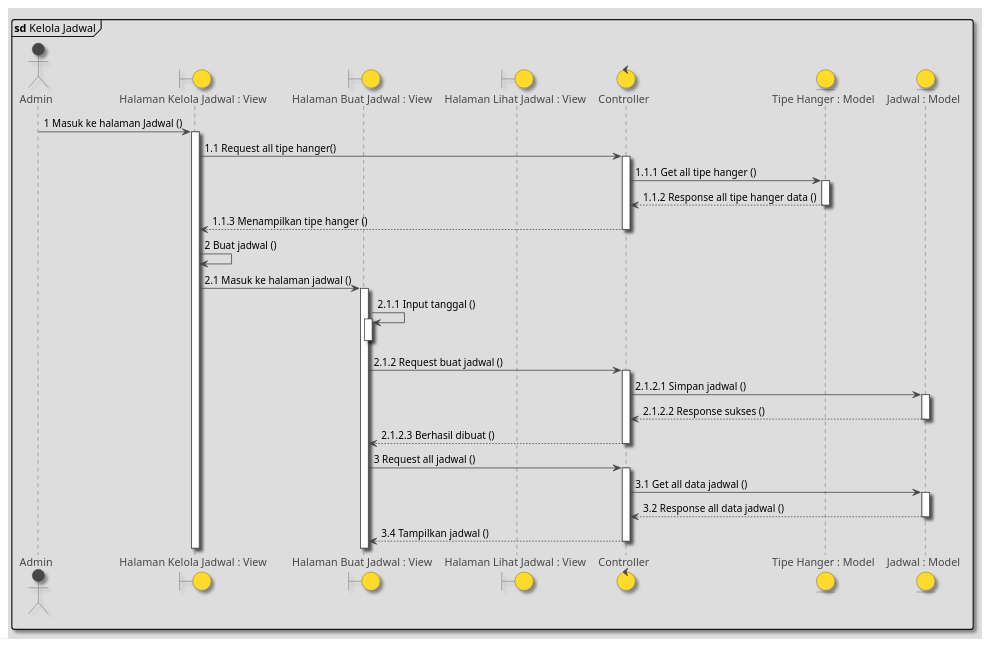
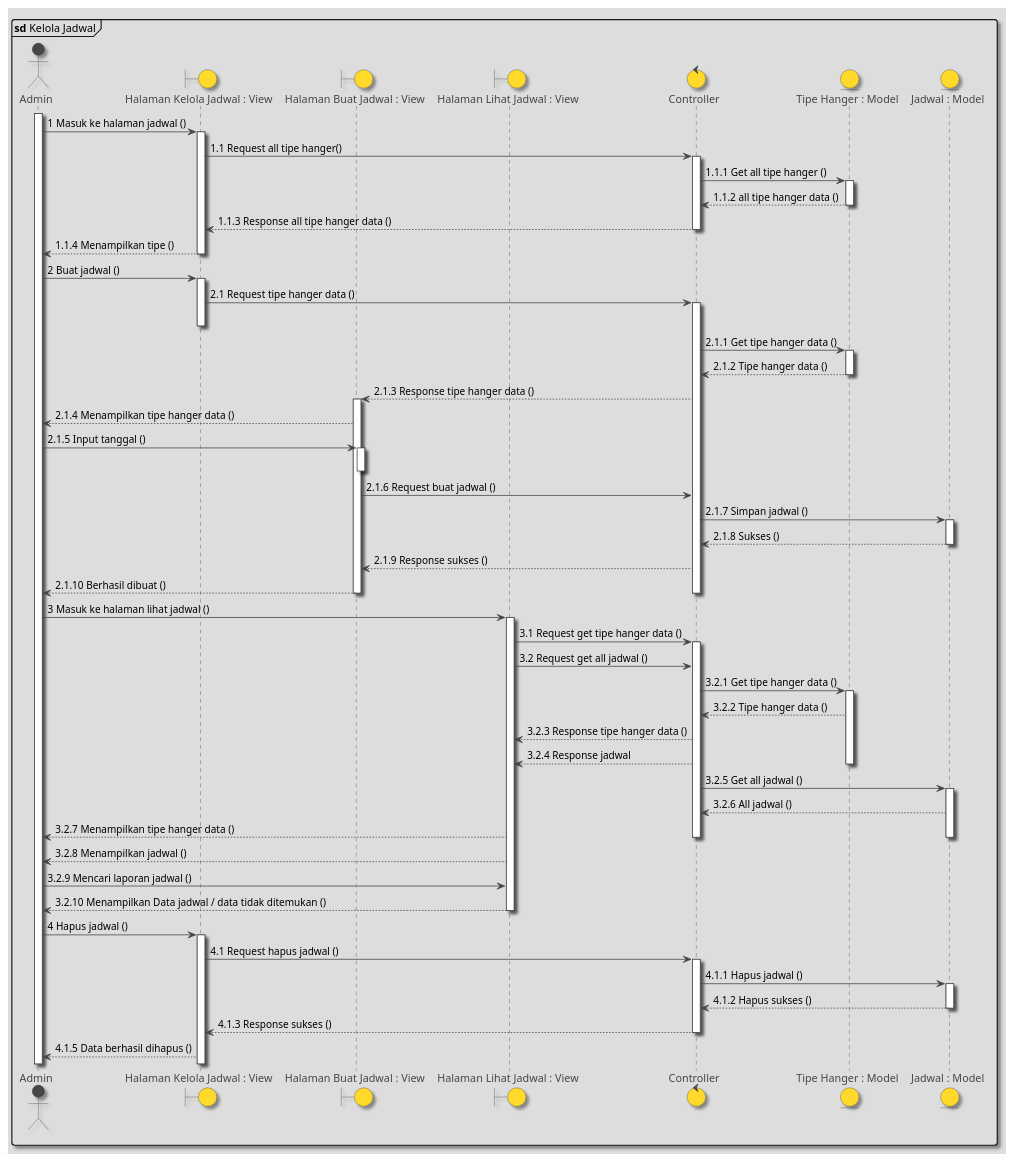
The diagram in Diagrams/SequenceDiagrams/KelolaJadwal.puml (marlisumarli/hanger-scheduling), drawn with PlantUML before and after one commit. The commit also changed 3 other files, not shown here.

```diff
--- a/Diagrams/SequenceDiagrams/KelolaJadwal.puml
+++ b/Diagrams/SequenceDiagrams/KelolaJadwal.puml
@@ -1,45 +1,90 @@
 @startuml
 
 !theme toy
 skinparam shadowing true
 mainframe **sd** Kelola Jadwal
 
 actor Admin
 boundary "Halaman Kelola Jadwal : View" as halamanJadwal
 boundary "Halaman Buat Jadwal : View" as buatJadwal
 boundary "Halaman Lihat Jadwal : View" as lihatJadwal
 control "Controller" as controller
 entity "Tipe Hanger : Model" as tabelTipe
 entity "Jadwal : Model" as tabelJadwal
 
+activate Admin
 
-Admin -> halamanJadwal ++ : 1 Masuk ke halaman Jadwal ()
-
+Admin -> halamanJadwal ++ : 1 Masuk ke halaman jadwal ()
 halamanJadwal -> controller ++ : 1.1 Request all tipe hanger()
-
 controller -> tabelTipe ++ : 1.1.1 Get all tipe hanger ()
 
-return 1.1.2 Response all tipe hanger data ()
-return 1.1.3 Menampilkan tipe hanger ()
-
-halamanJadwal -> halamanJadwal : 2 Buat jadwal ()
-halamanJadwal -> buatJadwal ++ : 2.1 Masuk ke halaman jadwal ()
-
-buatJadwal -> buatJadwal ++ : 2.1.1 Input tanggal ()
-deactivate buatJadwal
-
-buatJadwal -> controller ++ : 2.1.2 Request buat jadwal ()
-controller -> tabelJadwal ++ : 2.1.2.1 Simpan jadwal ()
-return 2.1.2.2 Response sukses ()
-return 2.1.2.3 Berhasil dibuat ()
-
-buatJadwal -> controller ++ : 3 Request all jadwal ()
-
-controller -> tabelJadwal ++ : 3.1 Get all data jadwal ()
-
-return 3.2 Response all data jadwal ()
-return 3.4 Tampilkan jadwal ()
+return 1.1.2 all tipe hanger data ()
+return 1.1.3 Response all tipe hanger data ()
+return 1.1.4 Menampilkan tipe ()
 
 
+Admin -> halamanJadwal : 2 Buat jadwal ()
+
+activate halamanJadwal
+halamanJadwal -> controller ++ : 2.1 Request tipe hanger data ()
+deactivate halamanJadwal
+
+controller -> tabelTipe ++ : 2.1.1 Get tipe hanger data ()
+return 2.1.2 Tipe hanger data ()
+
+'return
+controller --> buatJadwal ++ : 2.1.3 Response tipe hanger data ()
+
+'return
+buatJadwal --> Admin : 2.1.4 Menampilkan tipe hanger data ()
+
+'return
+Admin -> buatJadwal ++ : 2.1.5 Input tanggal ()
+
+deactivate
+buatJadwal -> controller  : 2.1.6 Request buat jadwal ()
+
+
+controller -> tabelJadwal ++ : 2.1.7 Simpan jadwal ()
+
+'return
+return 2.1.8 Sukses ()
+controller --> buatJadwal : 2.1.9 Response sukses ()
+buatJadwal --> Admin : 2.1.10 Berhasil dibuat ()
+deactivate
+deactivate controller
+
+'lihat jadwal
+'
+Admin -> lihatJadwal ++ : 3 Masuk ke halaman lihat jadwal ()
+lihatJadwal -> controller ++ : 3.1 Request get tipe hanger data ()
+lihatJadwal -> controller  : 3.2 Request get all jadwal ()
+controller -> tabelTipe ++ : 3.2.1 Get tipe hanger data ()
+
+
+tabelTipe --> controller : 3.2.2 Tipe hanger data ()
+controller --> lihatJadwal : 3.2.3 Response tipe hanger data ()
+controller --> lihatJadwal : 3.2.4 Response jadwal
+deactivate
+controller -> tabelJadwal ++ : 3.2.5 Get all jadwal ()
+
+
+tabelJadwal --> controller : 3.2.6 All jadwal ()
+lihatJadwal --> Admin : 3.2.7 Menampilkan tipe hanger data ()
+deactivate controller
+deactivate tabelJadwal
+lihatJadwal --> Admin : 3.2.8 Menampilkan jadwal ()
+
+
+Admin -> lihatJadwal : 3.2.9 Mencari laporan jadwal ()
+return 3.2.10 Menampilkan Data jadwal / data tidak ditemukan ()
+
+Admin -> halamanJadwal ++ : 4 Hapus jadwal ()
+halamanJadwal -> controller ++ : 4.1 Request hapus jadwal ()
+controller -> tabelJadwal ++ : 4.1.1 Hapus jadwal ()
+return 4.1.2 Hapus sukses ()
+controller --> halamanJadwal : 4.1.3 Response sukses ()
+deactivate
+halamanJadwal --> Admin : 4.1.5 Data berhasil dihapus ()
 
 @enduml
```
